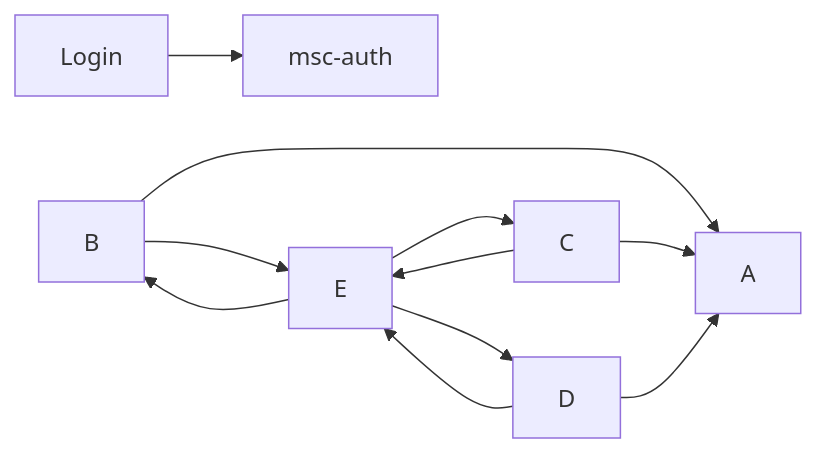
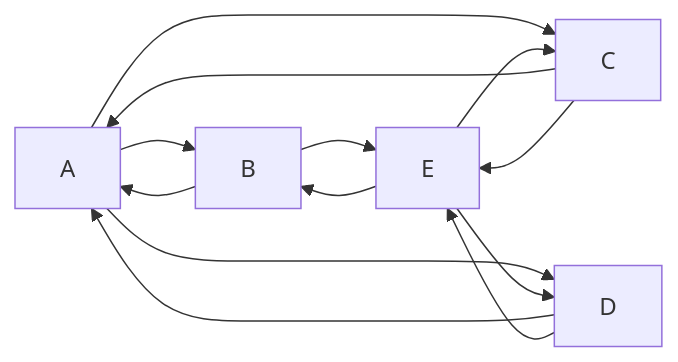
One commit to sramire3000/documentacion changed the diagram in git/command.md. Above: the diagram before and after it, drawn with Mermaid.

Commit message:
Fix mermaid graph syntax in command.md

````diff
--- a/git/command.md
+++ b/git/command.md
@@ -263,9 +263,9 @@
 ```mermaid
 graph LR;
-    Login--> msc-auth 
+    A--> B & C & D 
     B--> A & E
     C--> A & E
     D--> A & E
     E--> B & C & D
 
 ```
````
